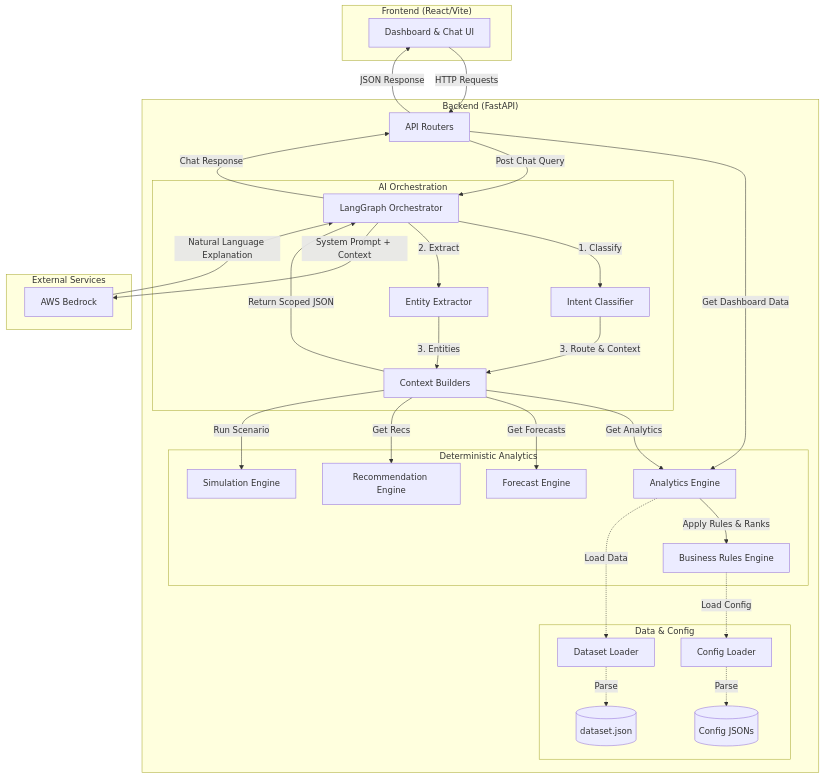
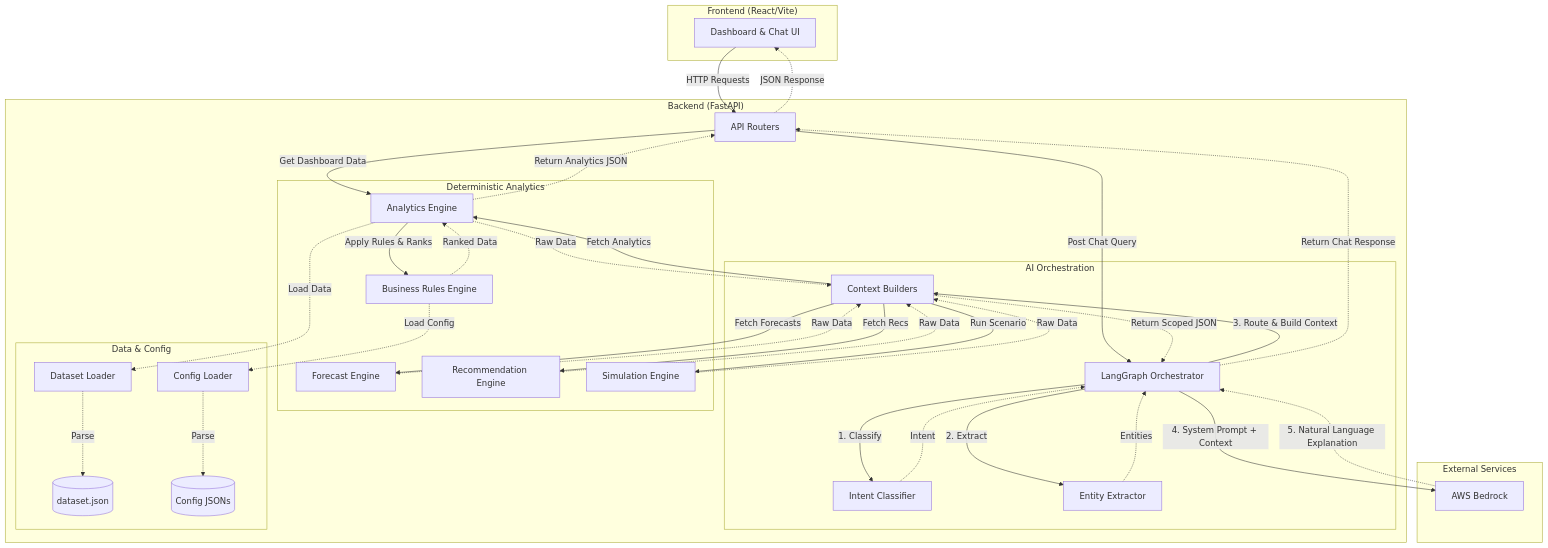
Before and after one commit to Noel9812/CUIA: the diagram in docs/02_SYSTEM_ARCHITECTURE.md, drawn with Mermaid.

Commit message:
chore:docs update

````diff
--- a/docs/02_SYSTEM_ARCHITECTURE.md
+++ b/docs/02_SYSTEM_ARCHITECTURE.md
@@ -7,67 +7,80 @@
 ```mermaid
 flowchart TD
     subgraph Frontend ["Frontend (React/Vite)"]
         UI[Dashboard & Chat UI]
     end
 
     subgraph Backend ["Backend (FastAPI)"]
         API[API Routers]
         
         subgraph AI_Layer ["AI Orchestration"]
             LG[LangGraph Orchestrator]
             IC[Intent Classifier]
             EE[Entity Extractor]
             CB[Context Builders]
         end
         
         subgraph Analytics_Layer ["Deterministic Analytics"]
             AE[Analytics Engine]
             BRE[Business Rules Engine]
             FE[Forecast Engine]
             RE[Recommendation Engine]
             SE[Simulation Engine]
         end
         
         subgraph Data_Layer ["Data & Config"]
             DS[(dataset.json)]
             CFG[(Config JSONs)]
             DL[Dataset Loader]
             CL[Config Loader]
         end
     end
 
     subgraph External ["External Services"]
         LLM[AWS Bedrock]
     end
 
     %% Control / Data Flow
     UI -->|HTTP Requests| API
     
+    %% Dashboard Flow
     API -->|Get Dashboard Data| AE
+    AE -.->|Return Analytics JSON| API
+    
+    %% Copilot Flow
     API -->|Post Chat Query| LG
     
     LG -->|1. Classify| IC
+    IC -.->|Intent| LG
+    
     LG -->|2. Extract| EE
-    IC -->|3. Route & Context| CB
-    EE -->|3. Entities| CB
+    EE -.->|Entities| LG
     
-    CB -->|Get Analytics| AE
-    CB -->|Get Forecasts| FE
-    CB -->|Get Recs| RE
+    LG -->|3. Route & Build Context| CB
+    
+    CB -->|Fetch Analytics| AE
+    CB -->|Fetch Forecasts| FE
+    CB -->|Fetch Recs| RE
     CB -->|Run Scenario| SE
     
+    AE -.->|Raw Data| CB
+    FE -.->|Raw Data| CB
+    RE -.->|Raw Data| CB
+    SE -.->|Raw Data| CB
+    
     AE -->|Apply Rules & Ranks| BRE
+    BRE -.->|Ranked Data| AE
     
     AE -.->|Load Data| DL
     BRE -.->|Load Config| CL
     DL -.->|Parse| DS
     CL -.->|Parse| CFG
     
-    CB -->|Return Scoped JSON| LG
+    CB -.->|Return Scoped JSON| LG
     
-    LG -->|System Prompt + Context| LLM
-    LLM -->|Natural Language Explanation| LG
+    LG -->|4. System Prompt + Context| LLM
+    LLM -.->|5. Natural Language Explanation| LG
     
-    LG -->|Chat Response| API
-    API -->|JSON Response| UI
+    LG -.->|Return Chat Response| API
+    API -.->|JSON Response| UI
 ```
````
